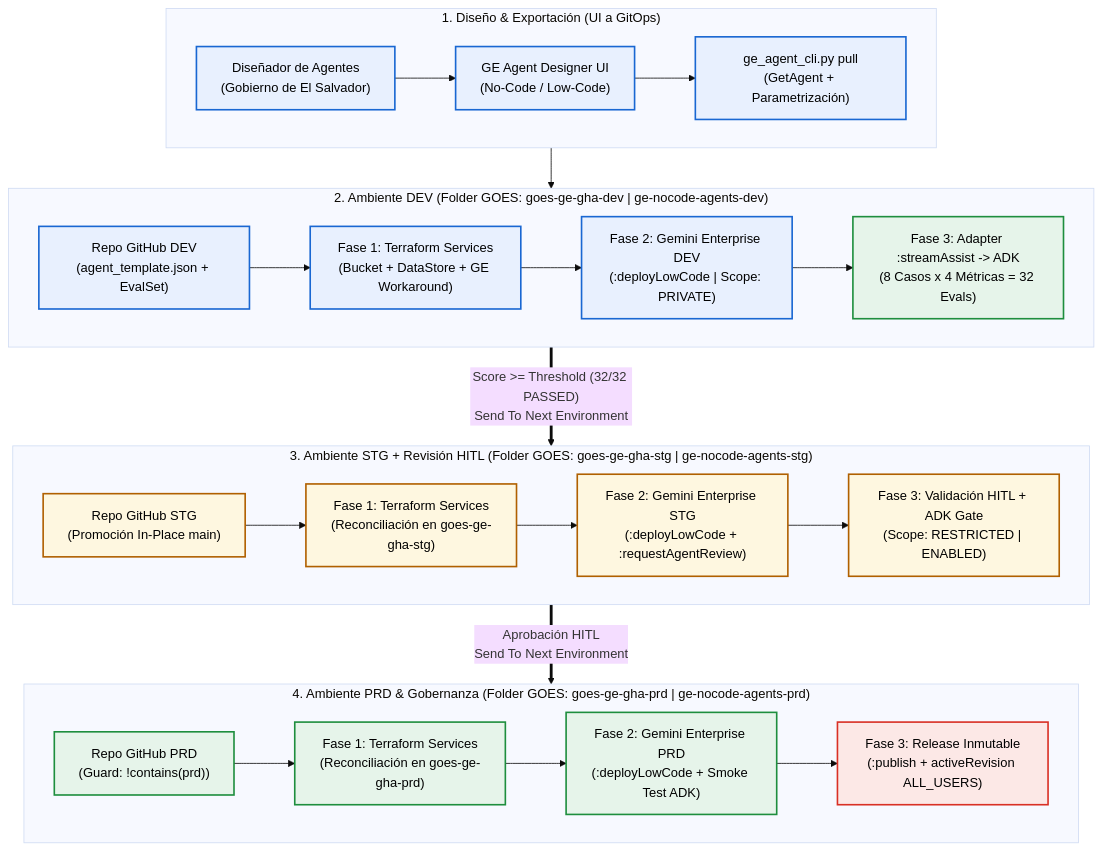
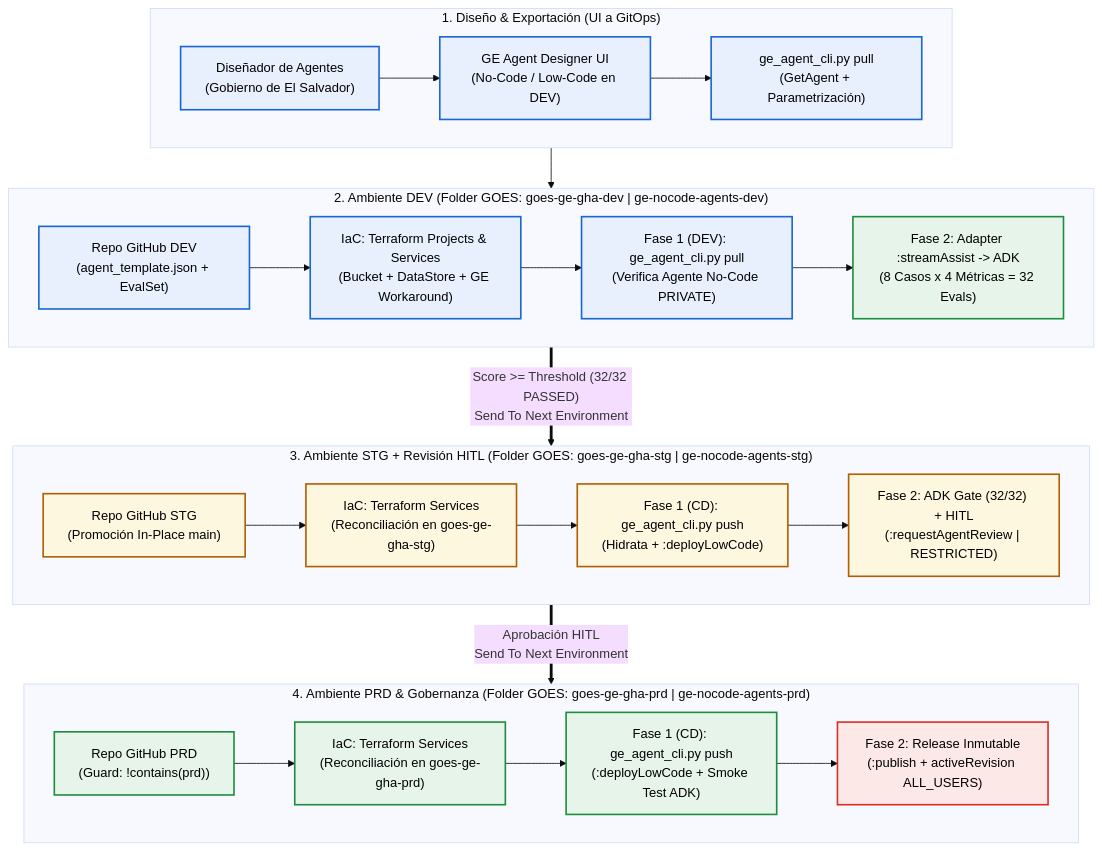
The first of 2 diagrams in docs/GUIA_ARQUITECTURA_Y_OPERACION.md (danielardzmtz01/ge-nocode-agents-cb-dev), drawn with Mermaid (base theme) before and after one commit. The commit also changed other lines of this file and 4 other files, not shown here.

Commit message:
docs(goes): enhance README, architecture guide, and add step-by-step GOES replication runbook [skip ci]

````diff
--- a/docs/GUIA_ARQUITECTURA_Y_OPERACION.md
+++ b/docs/GUIA_ARQUITECTURA_Y_OPERACION.md
@@ -16,48 +20,48 @@
 ```mermaid
 flowchart TD
     subgraph SG_Design["1. Diseño & Exportación (UI a GitOps)"]
         direction LR
         Designer["Diseñador de Agentes<br/>(Gobierno de El Salvador)"]:::gcpBlue
-        GE_UI["GE Agent Designer UI<br/>(No-Code / Low-Code)"]:::gcpBlue
+        GE_UI["GE Agent Designer UI<br/>(No-Code / Low-Code en DEV)"]:::gcpBlue
         Pull_CLI["ge_agent_cli.py pull<br/>(GetAgent + Parametrización)"]:::gcpBlue
         Designer --> GE_UI --> Pull_CLI
     end
 
     Pull_CLI --> Repo_Dev
 
     subgraph SG_Dev["2. Ambiente DEV (Folder GOES: goes-ge-gha-dev | ge-nocode-agents-dev)"]
         direction LR
         Repo_Dev["Repo GitHub DEV<br/>(agent_template.json + EvalSet)"]:::gcpBlue
-        TF_Dev["Fase 1: Terraform Services<br/>(Bucket + DataStore + GE Workaround)"]:::gcpBlue
-        GE_Dev["Fase 2: Gemini Enterprise DEV<br/>(:deployLowCode | Scope: PRIVATE)"]:::gcpBlue
-        ADK_Dev["Fase 3: Adapter :streamAssist -> ADK<br/>(8 Casos x 4 Métricas = 32 Evals)"]:::gcpGreen
+        TF_Dev["IaC: Terraform Projects & Services<br/>(Bucket + DataStore + GE Workaround)"]:::gcpBlue
+        GE_Dev["Fase 1 (DEV): ge_agent_cli.py pull<br/>(Verifica Agente No-Code PRIVATE)"]:::gcpBlue
+        ADK_Dev["Fase 2: Adapter :streamAssist -> ADK<br/>(8 Casos x 4 Métricas = 32 Evals)"]:::gcpGreen
         Repo_Dev --> TF_Dev --> GE_Dev --> ADK_Dev
     end
 
     ADK_Dev ==>|"Score >= Threshold (32/32 PASSED)<br/>Send To Next Environment"| Repo_Stg
 
     subgraph SG_Stg["3. Ambiente STG + Revisión HITL (Folder GOES: goes-ge-gha-stg | ge-nocode-agents-stg)"]
         direction LR
         Repo_Stg["Repo GitHub STG<br/>(Promoción In-Place main)"]:::gcpYellow
-        TF_Stg["Fase 1: Terraform Services<br/>(Reconciliación en goes-ge-gha-stg)"]:::gcpYellow
-        GE_Stg["Fase 2: Gemini Enterprise STG<br/>(:deployLowCode + :requestAgentReview)"]:::gcpYellow
-        HITL["Fase 3: Validación HITL + ADK Gate<br/>(Scope: RESTRICTED | ENABLED)"]:::gcpYellow
+        TF_Stg["IaC: Terraform Services<br/>(Reconciliación en goes-ge-gha-stg)"]:::gcpYellow
+        GE_Stg["Fase 1 (CD): ge_agent_cli.py push<br/>(Hidrata + :deployLowCode)"]:::gcpYellow
+        HITL["Fase 2: ADK Gate (32/32) + HITL<br/>(:requestAgentReview | RESTRICTED)"]:::gcpYellow
         Repo_Stg --> TF_Stg --> GE_Stg --> HITL
     end
 
     HITL ==>|"Aprobación HITL<br/>Send To Next Environment"| Repo_Prd
 
     subgraph SG_Prd["4. Ambiente PRD & Gobernanza (Folder GOES: goes-ge-gha-prd | ge-nocode-agents-prd)"]
         direction LR
         Repo_Prd["Repo GitHub PRD<br/>(Guard: !contains(prd))"]:::gcpGreen
-        TF_Prd["Fase 1: Terraform Services<br/>(Reconciliación en goes-ge-gha-prd)"]:::gcpGreen
-        GE_Prd["Fase 2: Gemini Enterprise PRD<br/>(:deployLowCode + Smoke Test ADK)"]:::gcpGreen
-        Pub_Prd["Fase 3: Release Inmutable<br/>(:publish + activeRevision ALL_USERS)"]:::gcpRed
+        TF_Prd["IaC: Terraform Services<br/>(Reconciliación en goes-ge-gha-prd)"]:::gcpGreen
+        GE_Prd["Fase 1 (CD): ge_agent_cli.py push<br/>(:deployLowCode + Smoke Test ADK)"]:::gcpGreen
+        Pub_Prd["Fase 2: Release Inmutable<br/>(:publish + activeRevision ALL_USERS)"]:::gcpRed
         Repo_Prd --> TF_Prd --> GE_Prd --> Pub_Prd
     end
 
     classDef gcpBlue fill:#E8F0FE,stroke:#1967D2,stroke-width:2px,color:#000;
     classDef gcpGreen fill:#E6F4EA,stroke:#1E8E3E,stroke-width:2px,color:#000;
     classDef gcpYellow fill:#FEF7E0,stroke:#B06000,stroke-width:2px,color:#000;
     classDef gcpRed fill:#FCE8E6,stroke:#D93025,stroke-width:2px,color:#000;
 ```
````
